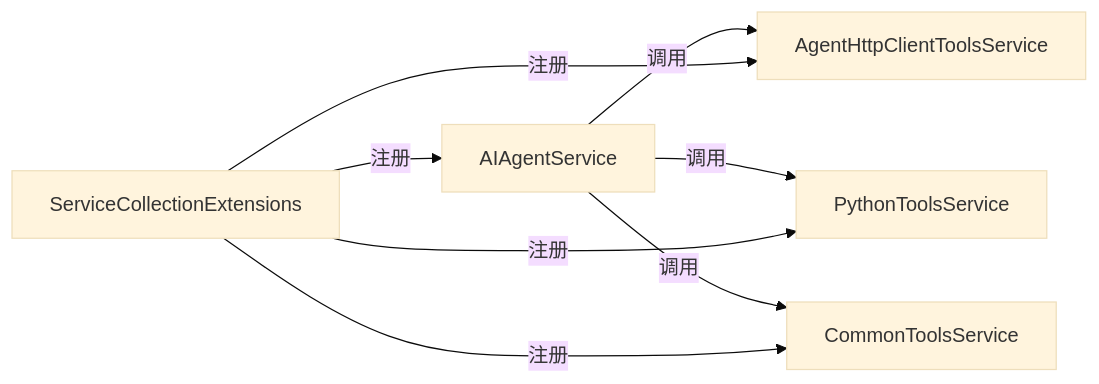
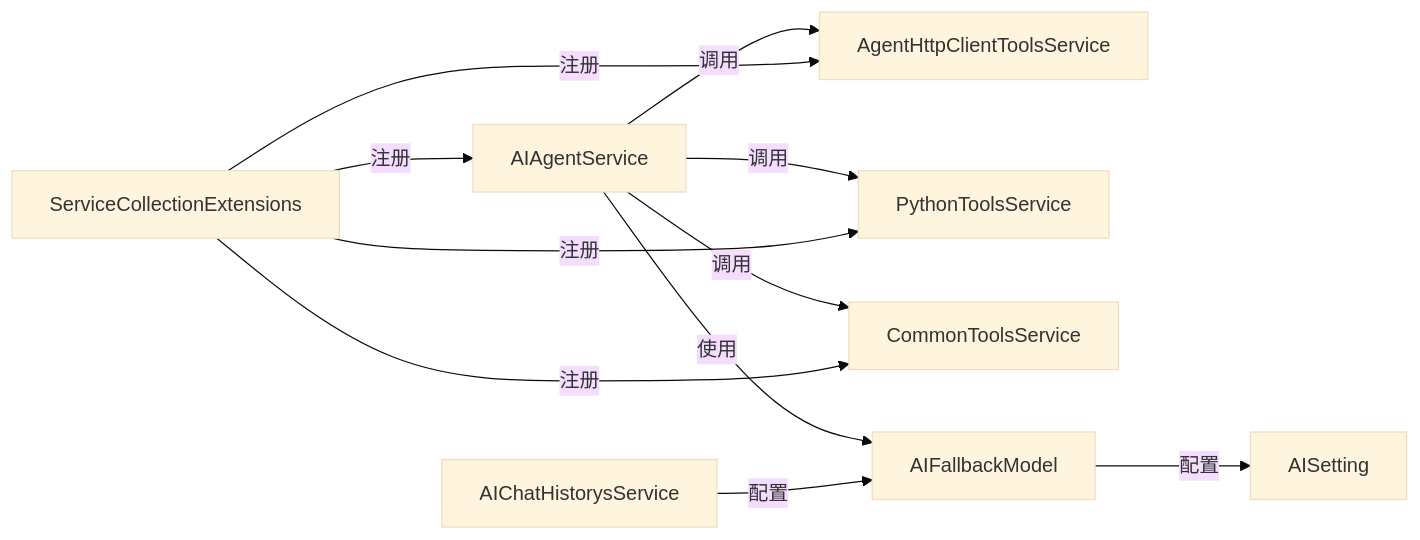
Before and after one commit to junkai-li/NetCoreKevin: the sixth of 6 diagrams in .qoder/repowiki/zh/content/AI智能体/AgentFramework集成.md, drawn with Mermaid (base theme). The commit also changed other lines of this file and 7 other files, not shown here.

````diff
--- a/.qoder/repowiki/zh/content/AI智能体/AgentFramework集成.md
+++ b/.qoder/repowiki/zh/content/AI智能体/AgentFramework集成.md
@@ -293,10 +373,13 @@
 ```mermaid
 graph LR
 AIAgentService --> |调用| AgentHttpClientToolsService
 AIAgentService --> |调用| PythonToolsService
 AIAgentService --> |调用| CommonToolsService
+AIAgentService --> |使用| AIFallbackModel
+AIFallbackModel --> |配置| AISetting
 ServiceCollectionExtensions --> |注册| AIAgentService
 ServiceCollectionExtensions --> |注册| AgentHttpClientToolsService
 ServiceCollectionExtensions --> |注册| PythonToolsService
 ServiceCollectionExtensions --> |注册| CommonToolsService
+AIChatHistorysService --> |配置| AIFallbackModel
 ```
````
